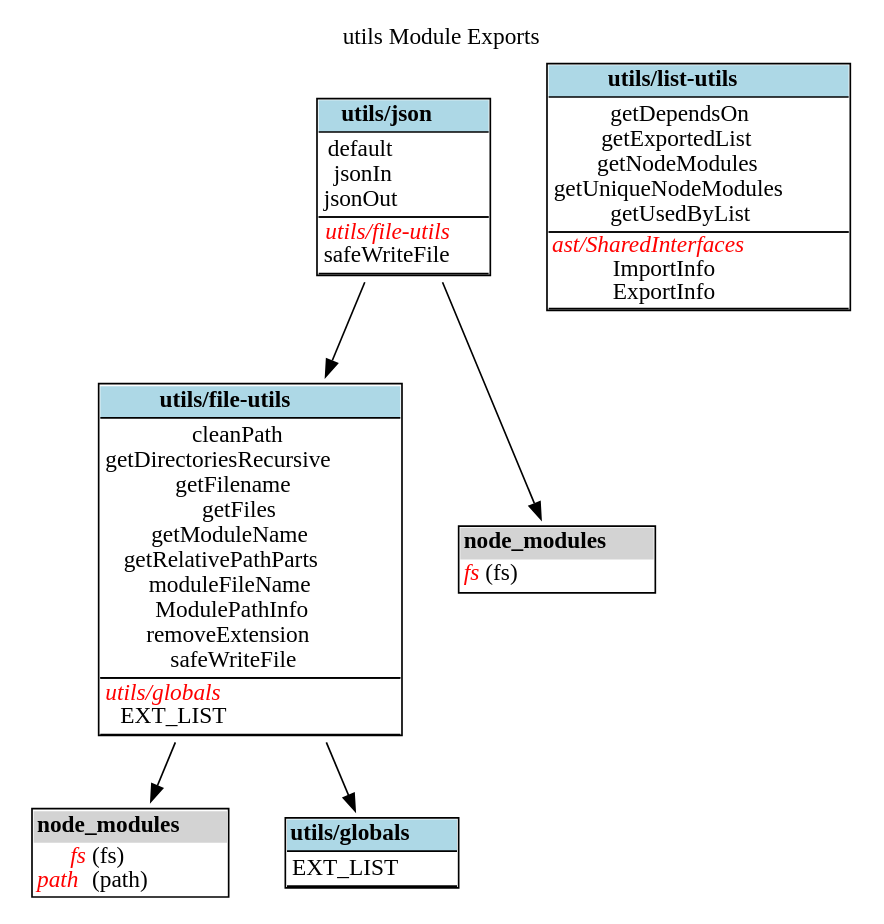
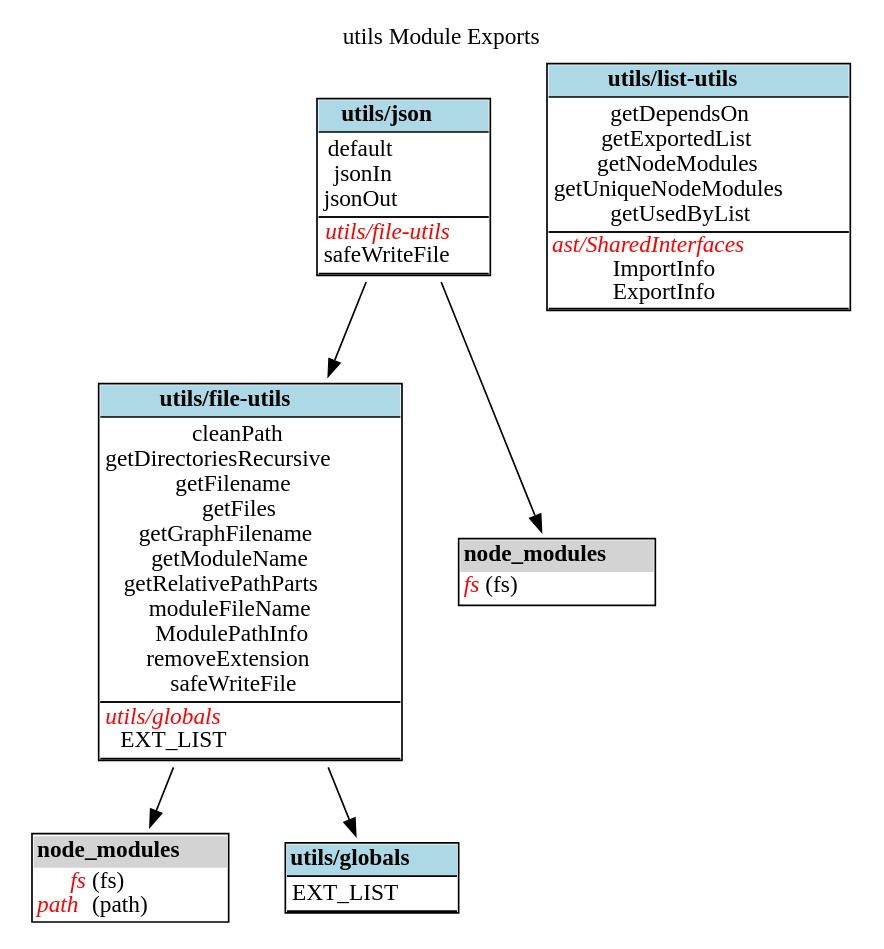
One commit to fleebe/GitHubPages changed the diagram in dep-graph-ts/utils_ExportGraph.dot. Above: the diagram before and after it, drawn with Graphviz. The commit also changed 105 other files, not shown here.

Commit message:
Update docs for dep-graph-ts from fleebe/dep-graph-ts workflow

```diff
--- a/dep-graph-ts/utils_ExportGraph.dot
+++ b/dep-graph-ts/utils_ExportGraph.dot
@@ -1,72 +1,73 @@
 digraph {label="utils Module Exports";
 labelloc="t";
 "utils/file-utils" [shape=none, label=<<TABLE cellspacing="0" cellborder="0" align="left">
 <TR><TD bgcolor="lightblue" align="center"><B>utils/file-utils</B></TD></TR>
 <TR><TD BORDER="1" SIDES="TB" align="left">
 cleanPath<BR/>
 getDirectoriesRecursive<BR/>
 getFilename<BR/>
 getFiles<BR/>
+getGraphFilename<BR/>
 getModuleName<BR/>
 getRelativePathParts<BR/>
 moduleFileName<BR/>
 ModulePathInfo<BR/>
 removeExtension<BR/>
 safeWriteFile<BR/>
 </TD></TR>
 <TR><TD BORDER="1" SIDES="TB" align="left">
 <font color="red"><I>utils/globals</I></font><BR/>
 EXT_LIST<BR/>
 </TD></TR>
 </TABLE>>];
 "utils/file-utils-node_modules" [shape=none, label=<<TABLE cellspacing="0" cellborder="0" align="left">
 <TR><TD bgcolor="lightgrey" align="center"><B>node_modules</B></TD></TR>
 <TR><TD align="left">
 <font color="red"><I>fs</I></font> (fs)<BR/>
 <font color="red"><I>path</I></font> (path)<BR/>
 </TD></TR>
 </TABLE>>];
 "utils/file-utils"->"utils/file-utils-node_modules";
 "utils/globals" [shape=none, label=<<TABLE cellspacing="0" cellborder="0" align="left">
 <TR><TD bgcolor="lightblue" align="center"><B>utils/globals</B></TD></TR>
 <TR><TD BORDER="1" SIDES="TB" align="left">
 EXT_LIST<BR/>
 </TD></TR>
 </TABLE>>];
 "utils/json" [shape=none, label=<<TABLE cellspacing="0" cellborder="0" align="left">
 <TR><TD bgcolor="lightblue" align="center"><B>utils/json</B></TD></TR>
 <TR><TD BORDER="1" SIDES="TB" align="left">
 default<BR/>
 jsonIn<BR/>
 jsonOut<BR/>
 </TD></TR>
 <TR><TD BORDER="1" SIDES="TB" align="left">
 <font color="red"><I>utils/file-utils</I></font><BR/>
 safeWriteFile<BR/>
 </TD></TR>
 </TABLE>>];
 "utils/json-node_modules" [shape=none, label=<<TABLE cellspacing="0" cellborder="0" align="left">
 <TR><TD bgcolor="lightgrey" align="center"><B>node_modules</B></TD></TR>
 <TR><TD align="left">
 <font color="red"><I>fs</I></font> (fs)<BR/>
 </TD></TR>
 </TABLE>>];
 "utils/json"->"utils/json-node_modules";
 "utils/list-utils" [shape=none, label=<<TABLE cellspacing="0" cellborder="0" align="left">
 <TR><TD bgcolor="lightblue" align="center"><B>utils/list-utils</B></TD></TR>
 <TR><TD BORDER="1" SIDES="TB" align="left">
 getDependsOn<BR/>
 getExportedList<BR/>
 getNodeModules<BR/>
 getUniqueNodeModules<BR/>
 getUsedByList<BR/>
 </TD></TR>
 <TR><TD BORDER="1" SIDES="TB" cellpadding="1" align="left">
 <font color="red"><I>ast/SharedInterfaces</I></font><BR/>
 ImportInfo<BR/>
 ExportInfo<BR/>
 </TD></TR>
 </TABLE>>];
 "utils/file-utils"->"utils/globals";
 "utils/json"->"utils/file-utils";
 }
```
